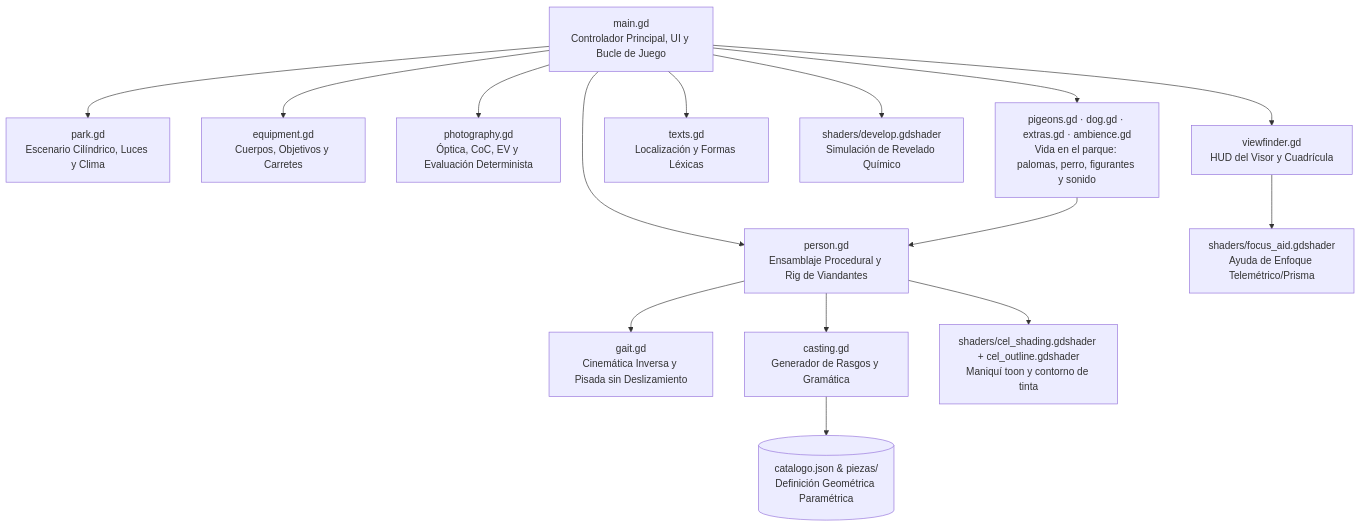
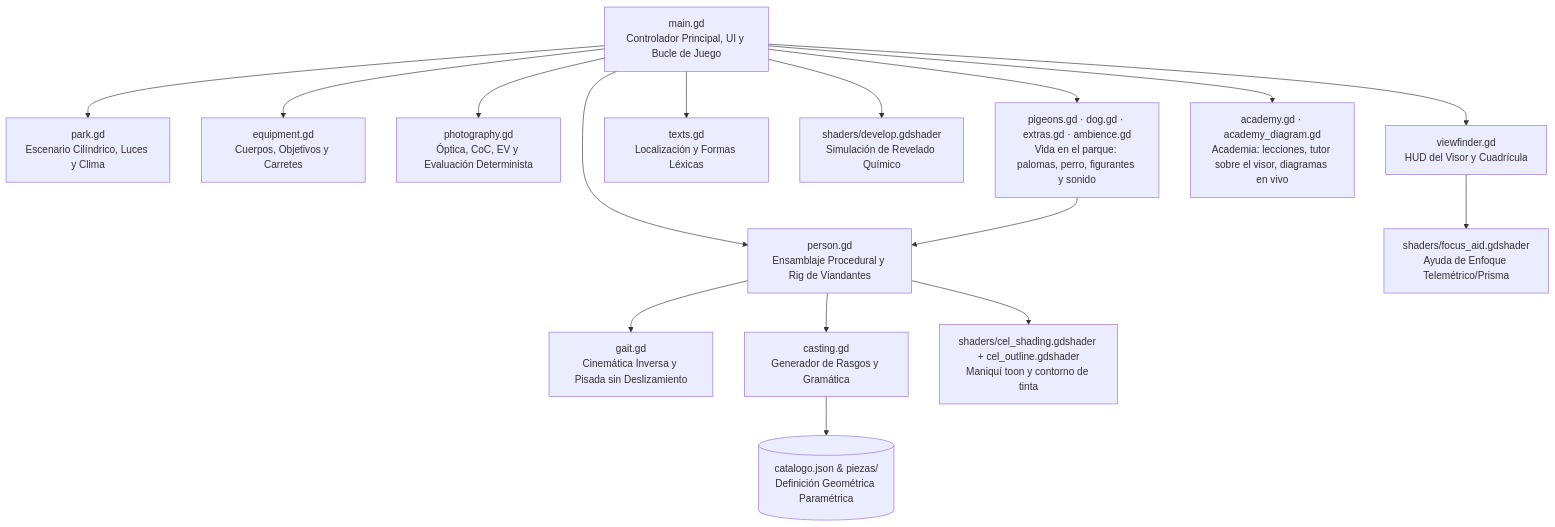
One commit to Ganso/proyecto-paparazzi changed the first of 2 diagrams in docs/ARQUITECTURA.md. Above: the diagram before and after it, drawn with Mermaid. The commit also changed other lines of this file and 7 other files, not shown here.

````diff
--- a/docs/ARQUITECTURA.md
+++ b/docs/ARQUITECTURA.md
@@ -23,19 +23,20 @@
 ```mermaid
 graph TD
     A[main.gd<br/>Controlador Principal, UI y Bucle de Juego] --> B[park.gd<br/>Escenario Cilíndrico, Luces y Clima]
     A --> C[person.gd<br/>Ensamblaje Procedural y Rig de Viandantes]
     A --> D[equipment.gd<br/>Cuerpos, Objetivos y Carretes]
     A --> E[photography.gd<br/>Óptica, CoC, EV y Evaluación Determinista]
     A --> F[viewfinder.gd<br/>HUD del Visor y Cuadrícula]
     A --> G[texts.gd<br/>Localización y Formas Léxicas]
 
     C --> H[gait.gd<br/>Cinemática Inversa y Pisada sin Deslizamiento]
     C --> I[casting.gd<br/>Generador de Rasgos y Gramática]
     I --> J[(catalogo.json & piezas/<br/>Definición Geométrica Paramétrica)]
 
     A --> K[shaders/develop.gdshader<br/>Simulación de Revelado Químico]
     F --> L[shaders/focus_aid.gdshader<br/>Ayuda de Enfoque Telemétrico/Prisma]
     C --> M[shaders/cel_shading.gdshader + cel_outline.gdshader<br/>Maniquí toon y contorno de tinta]
     A --> N[pigeons.gd · dog.gd · extras.gd · ambience.gd<br/>Vida en el parque: palomas, perro, figurantes y sonido]
+    A --> O[academy.gd · academy_diagram.gd<br/>Academia: lecciones, tutor sobre el visor, diagramas en vivo]
     N --> C
 ```
````
